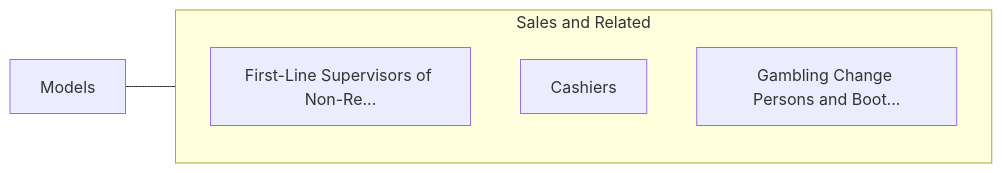
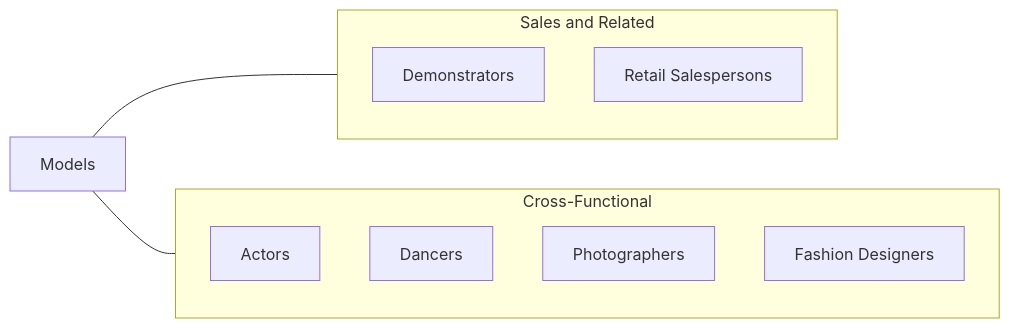
The fourth of 4 diagrams in occupations/Sales/Models.mdx (kziemski/business.org.ai), drawn with Mermaid before and after one commit. The commit also changed other lines of this file and 938 other files, not shown here.

````diff
--- a/occupations/Sales/Models.mdx
+++ b/occupations/Sales/Models.mdx
@@ -67,13 +167,19 @@
 ```mermaid
 graph LR
     Current["Models"]
 
     subgraph SameCategory["Sales and Related"]
-        FirstLineSupervisors["First-Line Supervisors of Retail..."]
-        FirstLineSupervisors["First-Line Supervisors of Non-Re..."]
-        Cashiers["Cashiers"]
-        GamblingChangePerson["Gambling Change Persons and Boot..."]
+        Demonstrators["Demonstrators"]
+        RetailSales["Retail Salespersons"]
+    end
+
+    subgraph CrossFunctional["Cross-Functional"]
+        Actors["Actors"]
+        Dancers["Dancers"]
+        Photographers["Photographers"]
+        FashionDesigners["Fashion Designers"]
     end
 
     Current --- SameCategory
+    Current --- CrossFunctional
 ```
````
